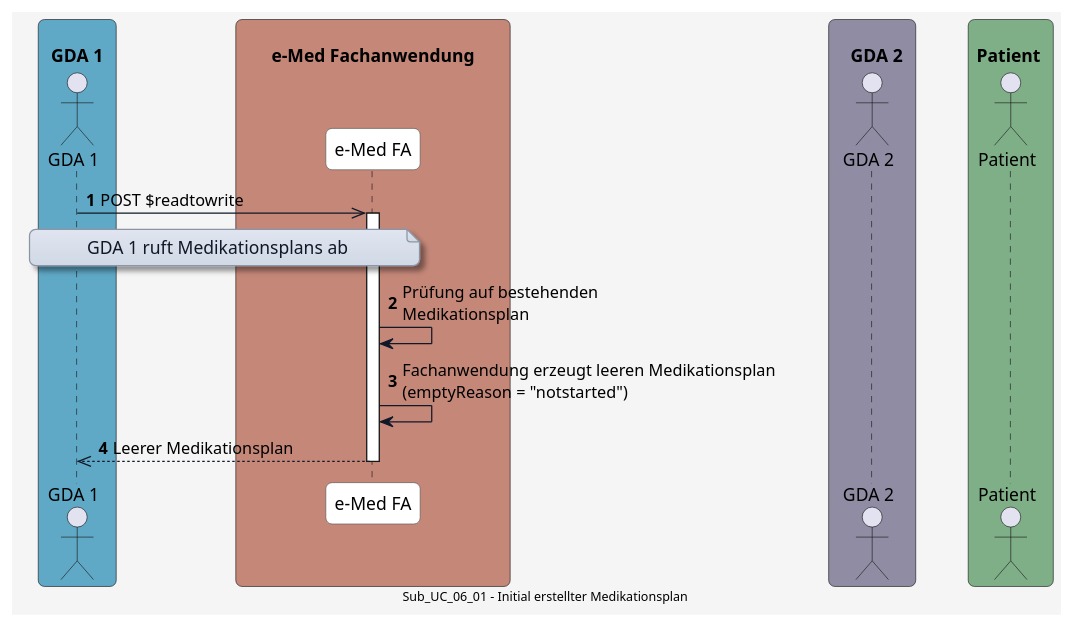
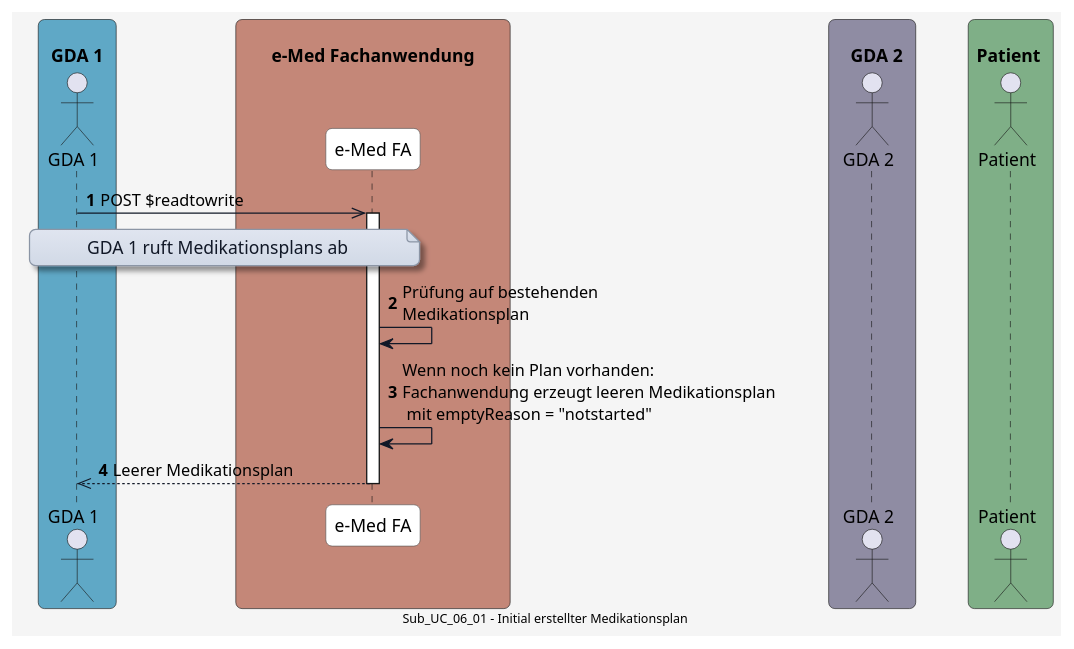
One commit to HL7Austria/ELGA-e-Medikation-R4 changed the diagram in input/images-source/UC_06_01.plantuml. Above: the diagram before and after it, drawn with PlantUML. The commit also changed 3 other files, not shown here.

Commit message:
Modify diagram

```diff
--- a/input/images-source/UC_06_01.plantuml
+++ b/input/images-source/UC_06_01.plantuml
@@ -1,78 +1,78 @@
 @startuml
 skinparam borderColor #000000
 skinparam backgroundColor #f5f5f5
 skinparam shadowing false
 skinparam roundCorner 10
 skinparam defaultFontName "Arial"
 skinparam defaultFontSize 14
 skinparam defaultFontColor #000000
 
 skinparam note {
   BackgroundColor #e0e5f0-#d1d9e6
   BorderColor #8b95a5
   BorderThickness 1
   RoundCorner 8
   Padding 6
   FontColor #111827
   Shadowing true
 }
 
 skinparam HyperlinkColor #0000EE
 skinparam HyperlinkUnderline false
 
 skinparam sequence {
   ParticipantBorderColor #555555
   ParticipantBackgroundColor #ffffff
   ParticipantFontColor #000000
   ParticipantFontSize 14
   ParticipantPadding 20
   ArrowColor #111827
   ArrowThickness 1
   ArrowFontColor #000000
   ArrowFontSize 13
   GroupBorderColor #111827
   GroupBackgroundColor #eef2ff
   GroupBorderThickness 2
 }
 
 skinparam BoxPadding 20
 skinparam BoxBorderColor #555555
 
 box "\n  GDA 1  " #5FA8C6
   actor GDA_1 as "GDA 1"
 end box
 
 box "\n       e-Med Fachanwendung       " #C48778
   participant eMed_FA as "e-Med FA"
 end box
 
 box "\n    GDA 2  " #8F8CA3
   actor GDA_2 as "GDA 2"
 end box
 
 box "\n Patient  " #7FAF87
   actor Patient as "Patient"
 end box
 
 
 autonumber
 
 
 GDA_1 ->> eMed_FA: POST $readtowrite
 
 note over GDA_1, eMed_FA
 GDA 1 ruft Medikationsplans ab
 end note
 
 activate eMed_FA
 eMed_FA -> eMed_FA: Prüfung auf bestehenden\nMedikationsplan
-eMed_FA -> eMed_FA: Fachanwendung erzeugt leeren Medikationsplan\n(emptyReason = "notstarted")
+eMed_FA -> eMed_FA: Wenn noch kein Plan vorhanden:\nFachanwendung erzeugt leeren Medikationsplan\n mit emptyReason = "notstarted"
 
 eMed_FA -->> GDA_1: Leerer Medikationsplan
 
 deactivate eMed_FA
 
 
 center footer Sub_UC_06_01 - Initial erstellter Medikationsplan
 
 @enduml
```
